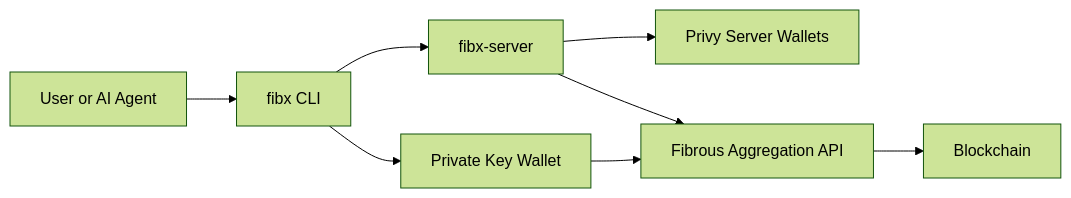
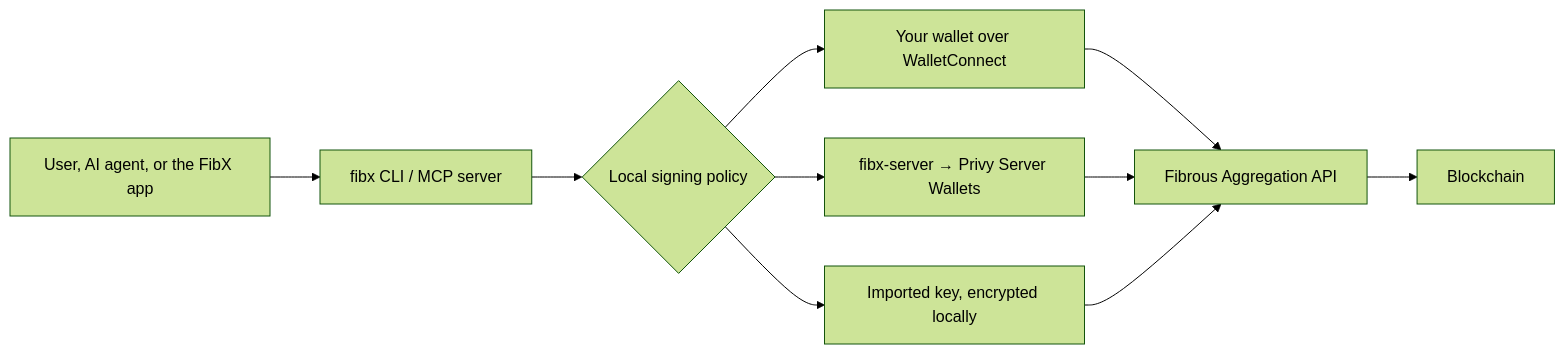
One commit to gofibrous/docs changed the diagram in fibx-agent/index.mdx. Above: the diagram before and after it, drawn with Mermaid (forest theme). The commit also changed other lines of this file and 7 other files, not shown here.

First line of the commit message:
docs(fibx-agent): align with FibX v0.10.0 — the FibX app, three signing paths, the local policy, Citrea withdrawn

````diff
--- a/fibx-agent/index.mdx
+++ b/fibx-agent/index.mdx
@@ -36,10 +39,12 @@
 ```mermaid
 flowchart LR
-    A[User or AI Agent] --> B[fibx CLI]
-    B --> C[Private Key Wallet]
-    B --> D[fibx-server]
-    D --> E[Privy Server Wallets]
-    C --> F[Fibrous Aggregation API]
-    D --> F
+    A[User, AI agent, or the FibX app] --> B[fibx CLI / MCP server]
+    B --> P{Local signing policy}
+    P --> W[Your wallet over WalletConnect]
+    P --> S[fibx-server → Privy Server Wallets]
+    P --> K[Imported key, encrypted locally]
+    W --> F[Fibrous Aggregation API]
+    S --> F
+    K --> F
     F --> G[Blockchain]
 ```
````
